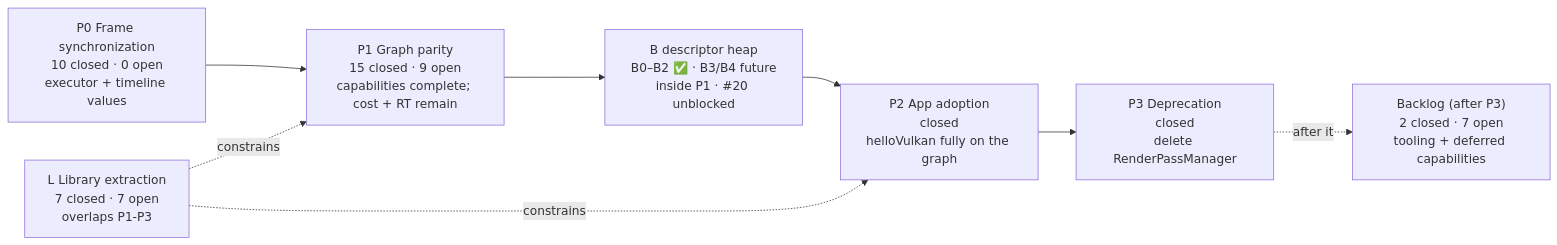
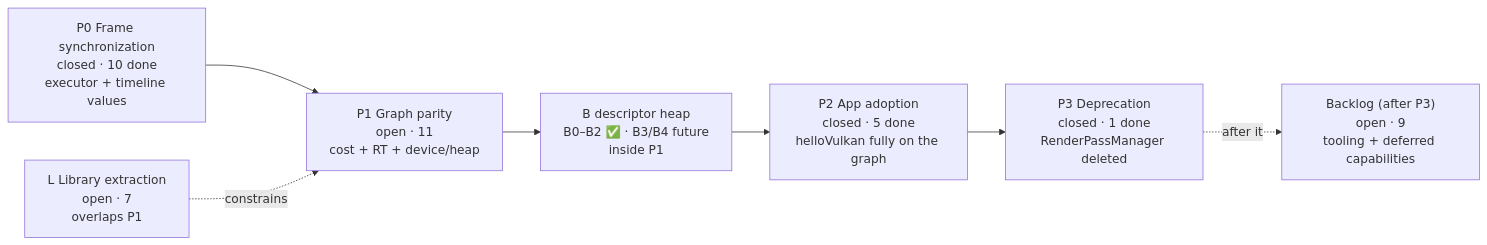
The first of 2 diagrams in docs/Roadmap-Visual.md (v3c70r/Muyo), drawn with Mermaid before and after one commit. The commit also changed other lines of this file and 4 other files, not shown here.

First line of the commit message:
docs: reconcile the roadmap and board after adoption

````diff
--- a/docs/Roadmap-Visual.md
+++ b/docs/Roadmap-Visual.md
@@ -22,14 +22,13 @@
 ```mermaid
 flowchart LR
-    P0["P0 Frame synchronization<br/>10 closed · 0 open<br/>executor + timeline values"]
-    P1["P1 Graph parity<br/>15 closed · 9 open<br/>capabilities complete; cost + RT remain"]
-    B["B descriptor heap<br/>B0–B2 ✅ · B3/B4 future<br/>inside P1 · #20 unblocked"]
-    P2["P2 App adoption<br/>closed<br/>helloVulkan fully on the graph"]
-    P3["P3 Deprecation<br/>closed<br/>delete RenderPassManager"]
-    L["L Library extraction<br/>7 closed · 7 open<br/>overlaps P1-P3"]
-    BL["Backlog (after P3)<br/>2 closed · 7 open<br/>tooling + deferred capabilities"]
+    P0["P0 Frame synchronization<br/>closed · 10 done<br/>executor + timeline values"]
+    P1["P1 Graph parity<br/>open · 11<br/>cost + RT + device/heap"]
+    B["B descriptor heap<br/>B0–B2 ✅ · B3/B4 future<br/>inside P1"]
+    P2["P2 App adoption<br/>closed · 5 done<br/>helloVulkan fully on the graph"]
+    P3["P3 Deprecation<br/>closed · 1 done<br/>RenderPassManager deleted"]
+    L["L Library extraction<br/>open · 7<br/>overlaps P1"]
+    BL["Backlog (after P3)<br/>open · 9<br/>tooling + deferred capabilities"]
     P0 --> P1 --> B --> P2 --> P3
     L -. constrains .-> P1
-    L -. constrains .-> P2
     P3 -. after it .-> BL
 ```
````
